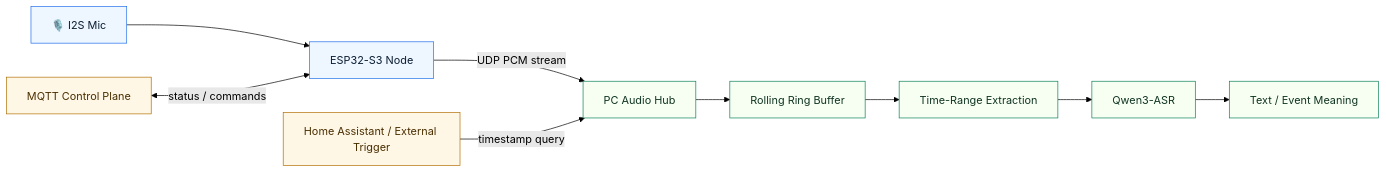
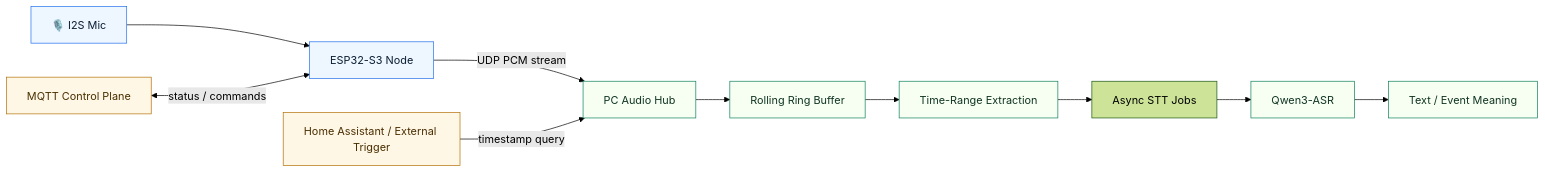
The first of 2 diagrams in README.md (Tobi1chi/EchoTrigger), drawn with Mermaid (forest theme) before and after one commit. The commit also changed other lines of this file and 19 other files, not shown here.

Commit message:
Add async hub jobs and device reconfiguration portal

````diff
--- a/README.md
+++ b/README.md
@@ -14,20 +14,21 @@
 ```mermaid
 flowchart LR
   mic["🎙️ I2S Mic"] --> esp["ESP32-S3 Node"]
   esp -->|"UDP PCM stream"| hub["PC Audio Hub"]
   hub --> ring["Rolling Ring Buffer"]
   ring --> extract["Time-Range Extraction"]
-  extract --> asr["Qwen3-ASR"]
+  extract --> jobs["Async STT Jobs"]
+  jobs --> asr["Qwen3-ASR"]
   asr --> result["Text / Event Meaning"]
 
   ha["Home Assistant / External Trigger"] -->|"timestamp query"| hub
   mqtt["MQTT Control Plane"] <-->|"status / commands"| esp
 
   classDef edge fill:#eef6ff,stroke:#1f6feb,color:#0b1f33;
   classDef core fill:#f6fff1,stroke:#0a7f5a,color:#123524;
   classDef control fill:#fff7e6,stroke:#b06d00,color:#4a2f00;
 
   class mic,esp edge;
   class hub,ring,extract,asr,result core;
   class ha,mqtt control;
 ```
````
